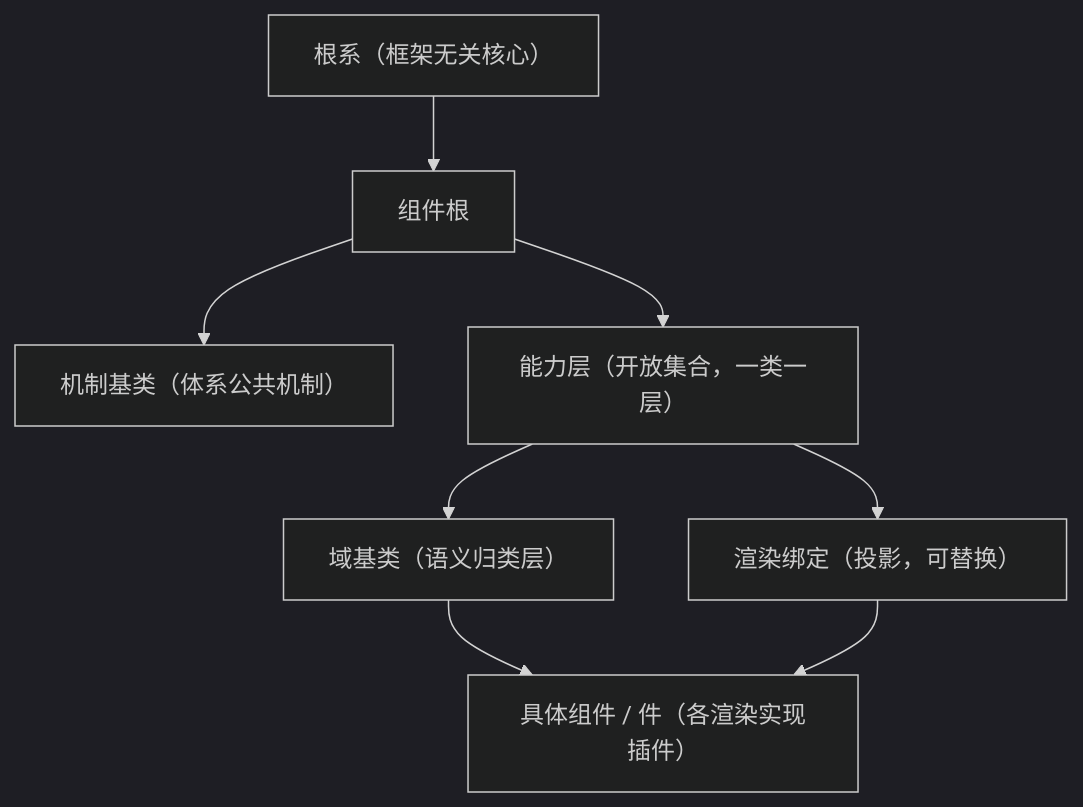
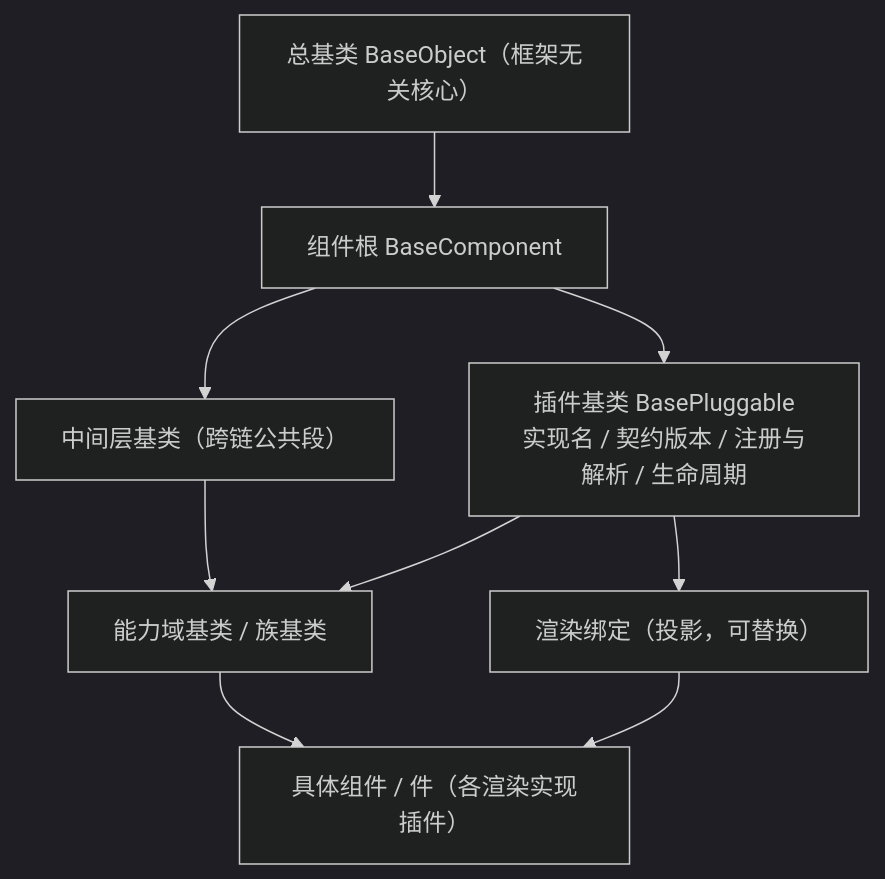
One commit to minjian123/basic-management-system changed the diagram in bms文档/设计/架构设计/05_架构设计_前端组件体系.md. Above: the diagram before and after it, drawn with Mermaid (dark theme). The commit also changed other lines of this file and 126 other files, not shown here.

````diff
--- a/bms文档/设计/架构设计/05_架构设计_前端组件体系.md
+++ b/bms文档/设计/架构设计/05_架构设计_前端组件体系.md
@@ -30,17 +32,18 @@
 ```mermaid
 flowchart TD
-    ROOT["根系（框架无关核心）"]
-    COMP["组件根"]
-    MECH["机制基类（体系公共机制）"]
-    CAP["能力层（开放集合，一类一层）"]
-    DOM["域基类（语义归类层）"]
+    ROOT["总基类 BaseObject（框架无关核心）"]
+    COMP["组件根 BaseComponent"]
+    PLG["插件基类 BasePluggable<br/>实现名 / 契约版本 / 注册与解析 / 生命周期"]
+    MID["中间层基类（跨链公共段）"]
+    DOM["能力域基类 / 族基类"]
     PROJ["渲染绑定（投影，可替换）"]
     C["具体组件 / 件（各渲染实现插件）"]
     ROOT --> COMP
-    COMP --> MECH
-    COMP --> CAP
-    CAP --> DOM
+    COMP --> PLG
+    COMP --> MID
+    MID --> DOM
+    PLG --> DOM
     DOM --> C
-    CAP --> PROJ
+    PLG --> PROJ
     PROJ --> C
 ```
````
